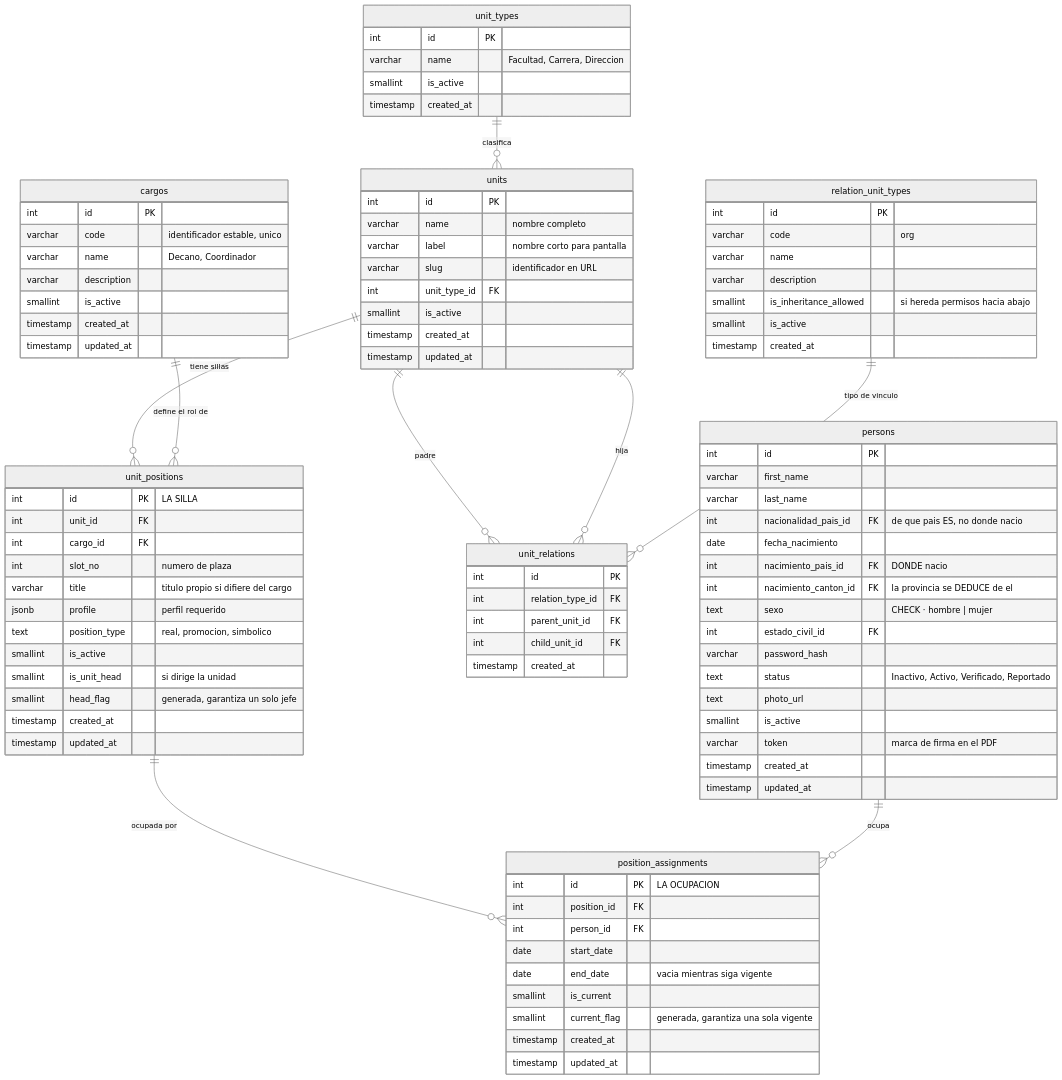
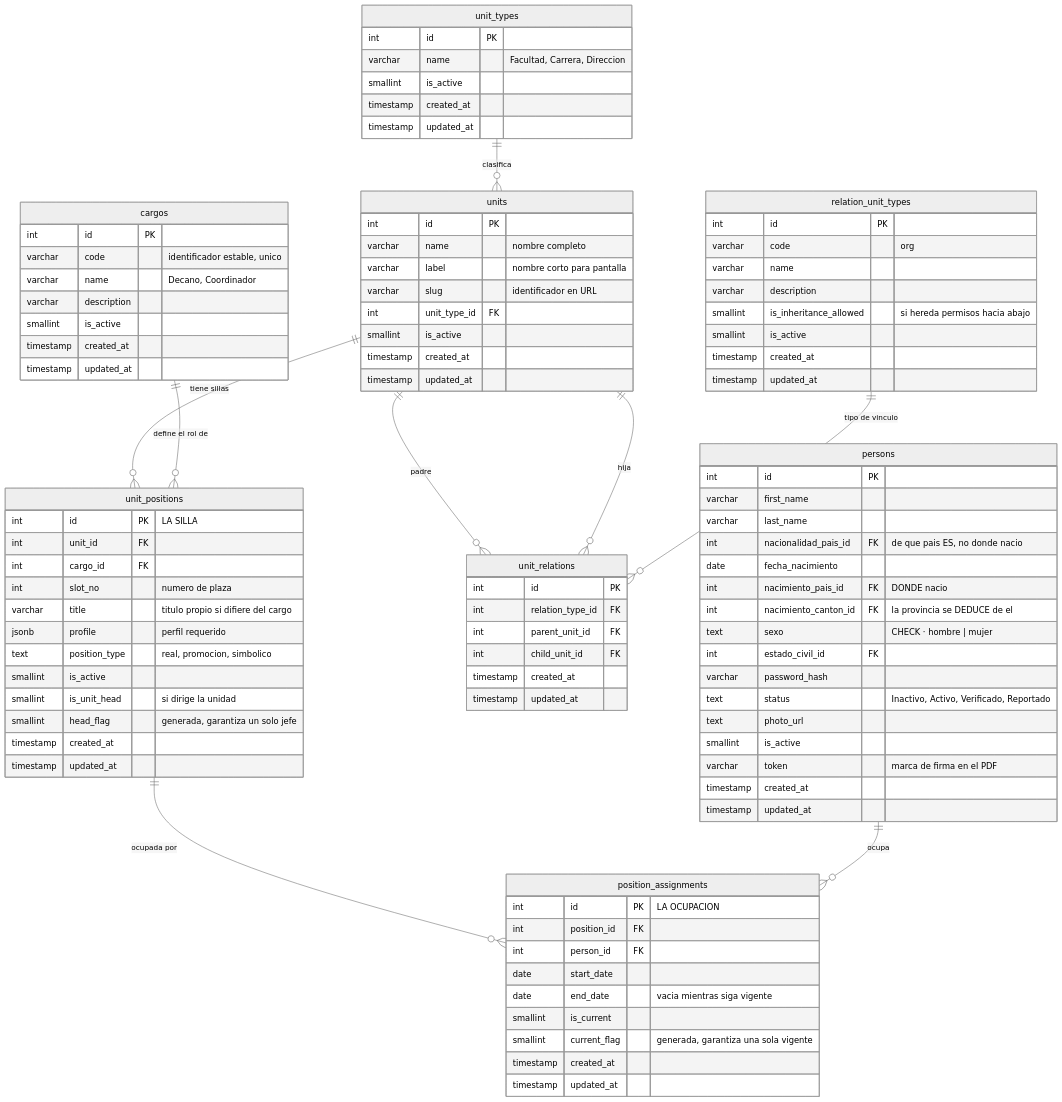
The fourth of 4 diagrams in docs/src/content/docs/modelo/organizacion.md (fresvel/deasy), drawn with Mermaid (neutral theme) before and after one commit. The commit also changed other lines of this file and 11 other files, not shown here.

```diff
--- a/docs/src/content/docs/modelo/organizacion.md
+++ b/docs/src/content/docs/modelo/organizacion.md
@@ -758,6 +761,7 @@
     varchar name "Facultad, Carrera, Direccion"
     smallint is_active
     timestamp created_at
+    timestamp updated_at
   }
   units {
     int id PK
@@ -777,6 +781,7 @@
     smallint is_inheritance_allowed "si hereda permisos hacia abajo"
     smallint is_active
     timestamp created_at
+    timestamp updated_at
   }
   unit_relations {
     int id PK
@@ -784,6 +789,7 @@
     int parent_unit_id FK
     int child_unit_id FK
     timestamp created_at
+    timestamp updated_at
   }
   cargos {
     int id PK
```
